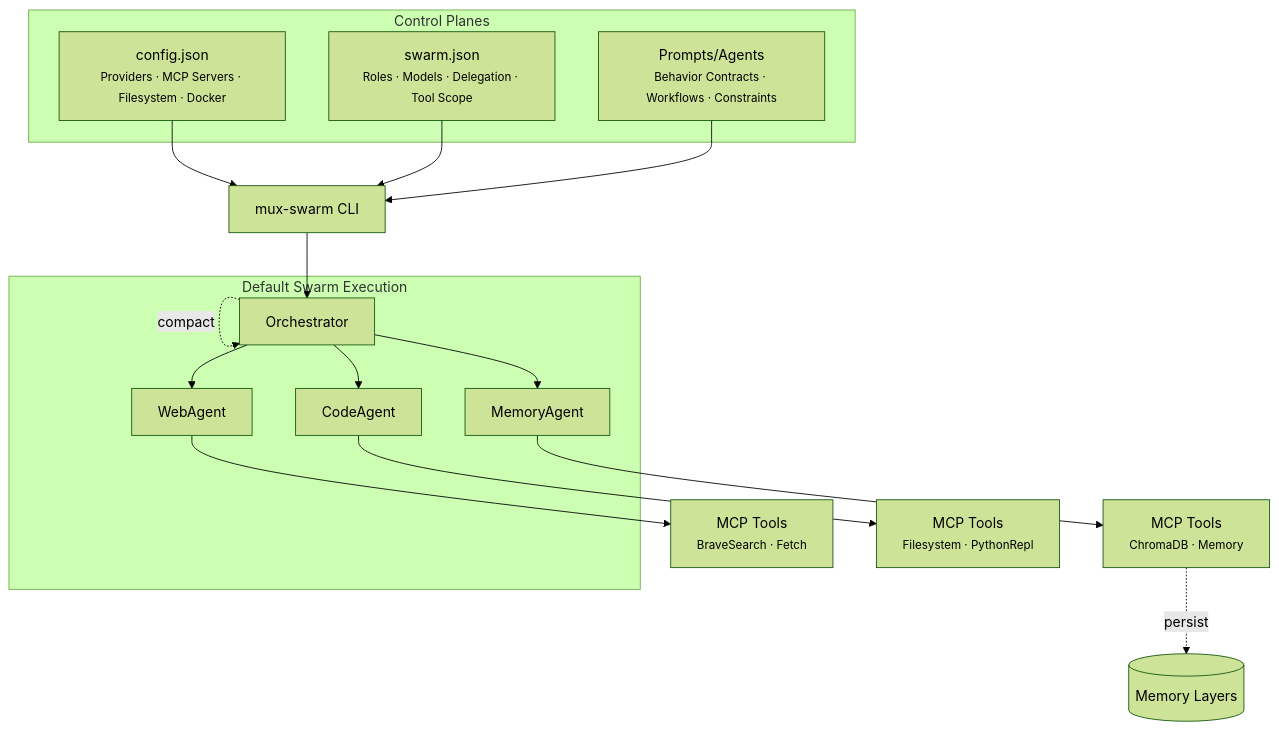
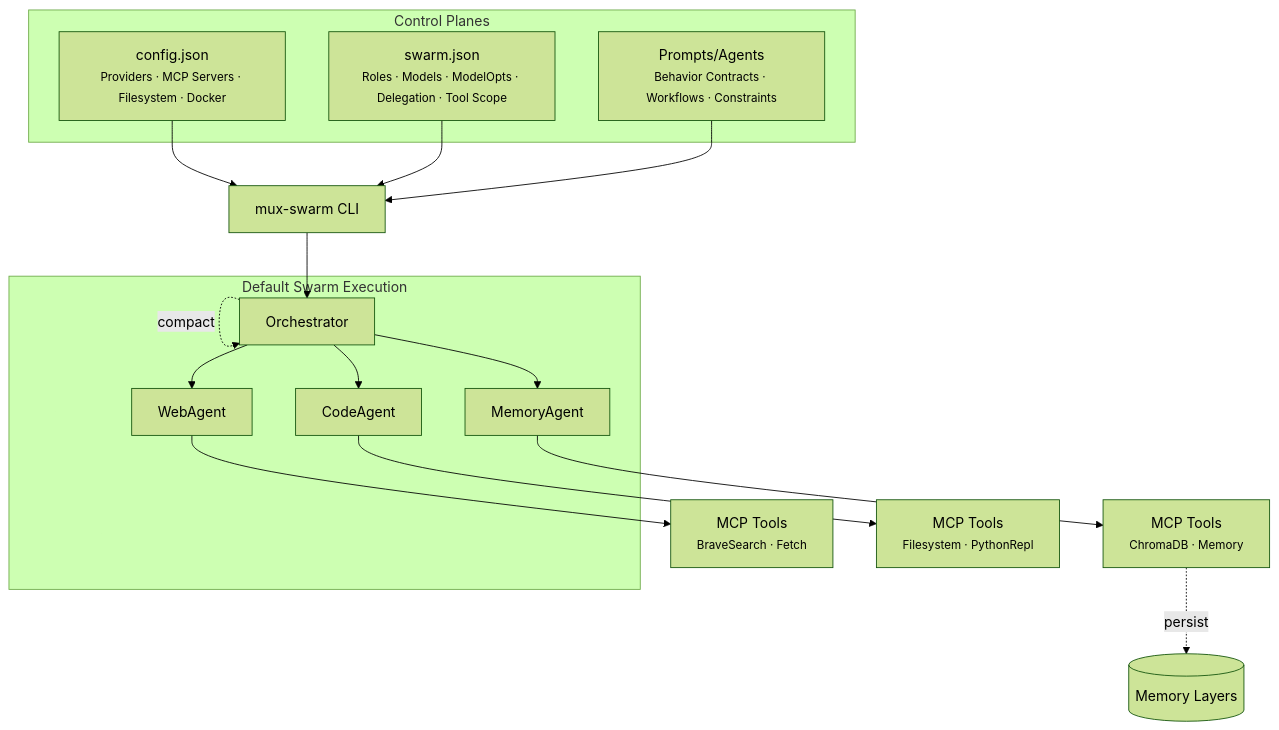
Before and after one commit to jnotsknab/mux-swarm: the diagram in README.md, drawn with Mermaid (forest theme). The commit also changed other lines of this file, not shown here.

````diff
--- a/README.md
+++ b/README.md
@@ -322,27 +407,27 @@
 ```mermaid
 graph TD
     subgraph Control Planes
         Config["config.json<br/><small>Providers · MCP Servers · Filesystem · Docker</small>"]
-        Swarm["swarm.json<br/><small>Roles · Models · Delegation · Tool Scope</small>"]
+        Swarm["swarm.json<br/><small>Roles · Models · ModelOpts · Delegation · Tool Scope</small>"]
         Prompts["Prompts/Agents<br/><small>Behavior Contracts · Workflows · Constraints</small>"]
     end
 
     Config --> Runtime
     Swarm --> Runtime
     Prompts --> Runtime
 
     Runtime["mux-swarm CLI"] --> Orchestrator
 
     subgraph Default Swarm Execution
         Orchestrator --> WebAgent
         Orchestrator --> CodeAgent
         Orchestrator --> MemoryAgent
     end
 
     WebAgent --> MCP1["MCP Tools<br/><small>BraveSearch · Fetch</small>"]
     CodeAgent --> MCP2["MCP Tools<br/><small>Filesystem · PythonRepl</small>"]
     MemoryAgent --> MCP3["MCP Tools<br/><small>ChromaDB · Memory</small>"]
 
     MCP3 -.->|persist| Knowledge[(Memory Layers)]
     Orchestrator -.->|compact| Orchestrator
 ```
````
